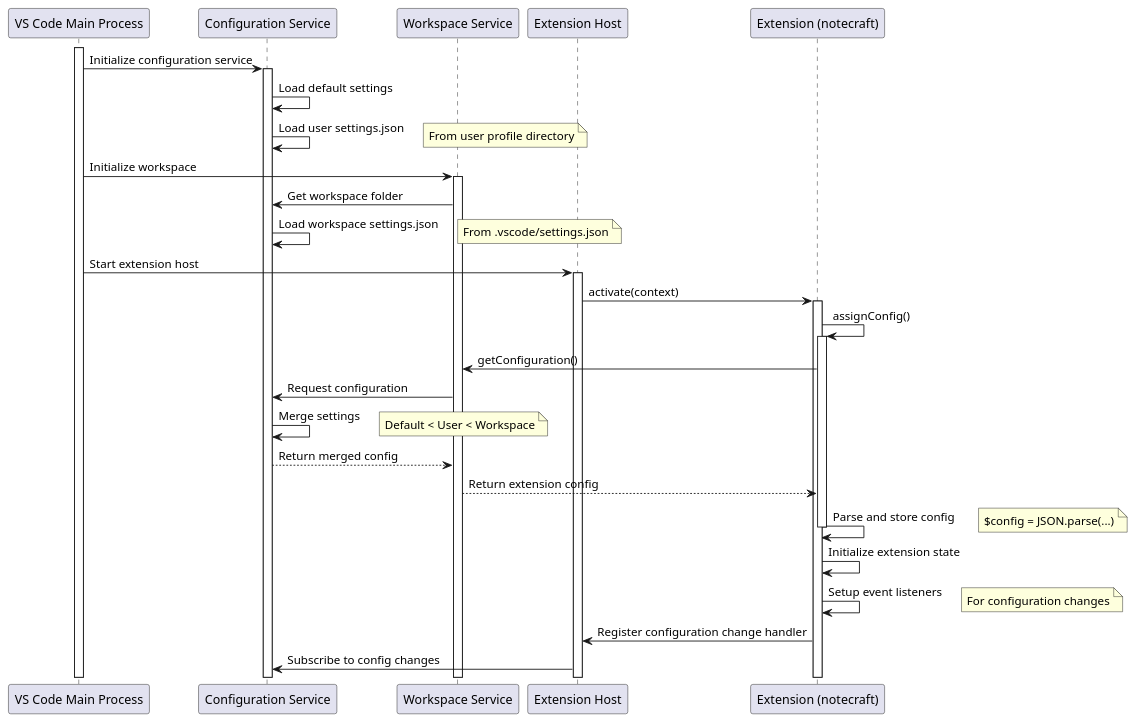
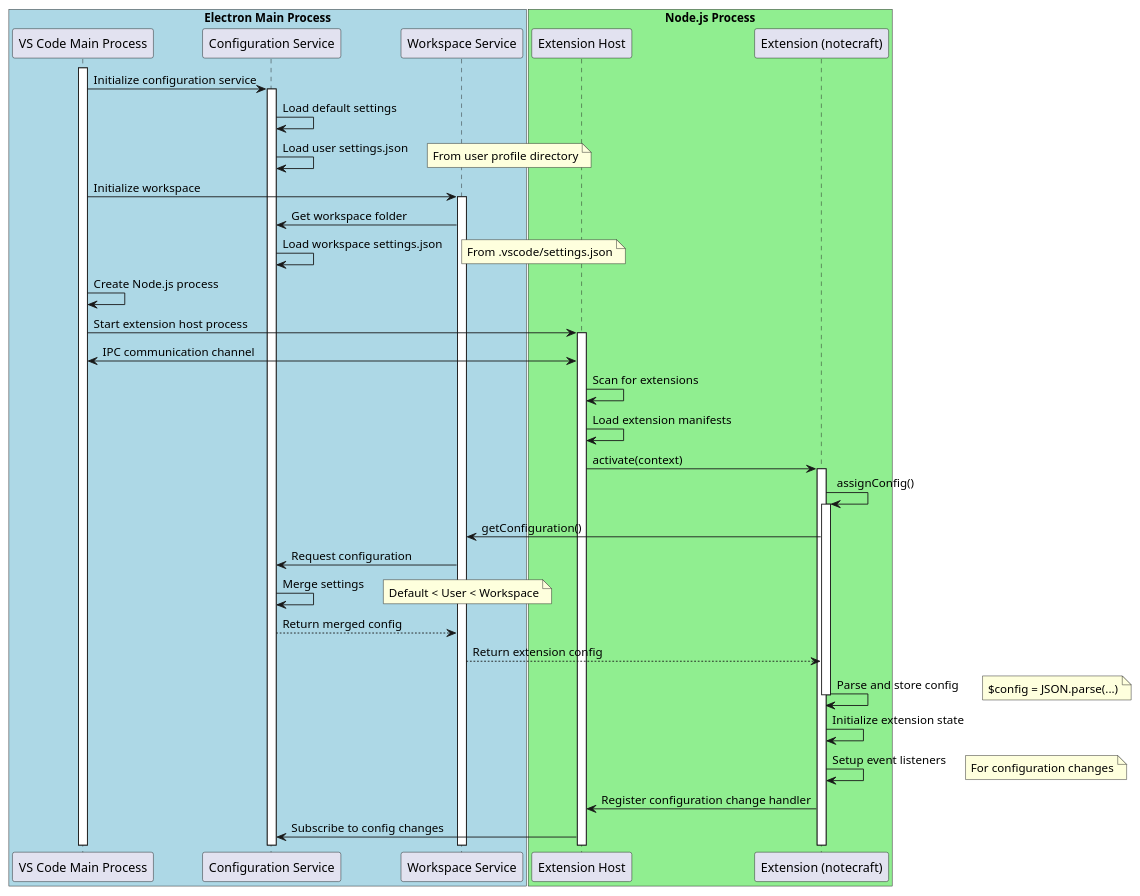
The diagram in docs/config-loading.puml (NonePro/notecraft), drawn with PlantUML before and after one commit. The commit also changed 3 other files, not shown here.

```diff
--- a/docs/config-loading.puml
+++ b/docs/config-loading.puml
@@ -1,48 +1,57 @@
 @startuml VSCode Configuration Loading Mechanism
 
+box "Electron Main Process" #LightBlue
 participant "VS Code Main Process" as Main
 participant "Configuration Service" as Config
 participant "Workspace Service" as Workspace
+end box
+
+box "Node.js Process" #LightGreen
 participant "Extension Host" as ExtHost
 participant "Extension (notecraft)" as Ext
+end box
 
 activate Main
 Main -> Config : Initialize configuration service
 activate Config
 
 Config -> Config : Load default settings
 Config -> Config : Load user settings.json
 note right: From user profile directory
 
 Main -> Workspace : Initialize workspace
 activate Workspace
 Workspace -> Config : Get workspace folder
 Config -> Config : Load workspace settings.json
 note right: From .vscode/settings.json
 
-Main -> ExtHost : Start extension host
+Main -> Main : Create Node.js process
+Main -> ExtHost : Start extension host process
 activate ExtHost
+Main <-> ExtHost : IPC communication channel
 
+ExtHost -> ExtHost : Scan for extensions
+ExtHost -> ExtHost : Load extension manifests
 ExtHost -> Ext : activate(context)
 activate Ext
 
 Ext -> Ext : assignConfig()
 activate Ext
 Ext -> Workspace : getConfiguration()
 Workspace -> Config : Request configuration
 Config -> Config : Merge settings
 note right: Default < User < Workspace
 Config --> Workspace : Return merged config
 Workspace --> Ext : Return extension config
 Ext -> Ext : Parse and store config
 note right: $config = JSON.parse(...)
 deactivate Ext
 
 Ext -> Ext : Initialize extension state
 Ext -> Ext : Setup event listeners
 note right: For configuration changes
 
 Ext -> ExtHost : Register configuration change handler
 ExtHost -> Config : Subscribe to config changes
 
 @enduml
```
